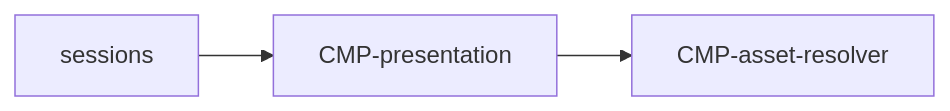
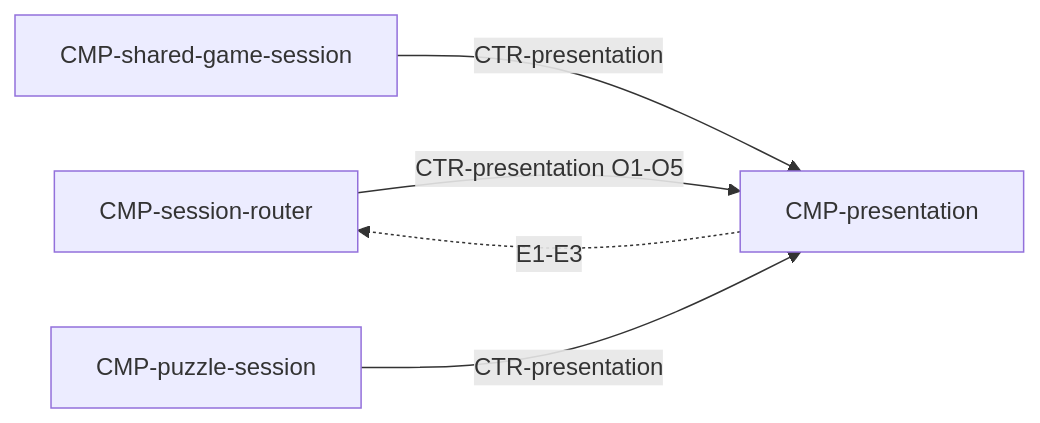
One commit to waigore/simplechessv2 changed the diagram in specs/technical/components/presentation.md. Above: the diagram before and after it, drawn with Mermaid. The commit also changed other lines of this file and 120 other files, not shown here.

````diff
--- a/specs/technical/components/presentation.md
+++ b/specs/technical/components/presentation.md
@@ -39,8 +38,11 @@
 ```mermaid
 flowchart LR
+  R[CMP-session-router]
+  S[CMP-shared-game-session]
+  Q[CMP-puzzle-session]
   V[CMP-presentation]
-  A[CMP-asset-resolver]
-  S[sessions]
-  V --> A
-  S --> V
+  R -->|CTR-presentation O1-O5| V
+  S -->|CTR-presentation| V
+  Q -->|CTR-presentation| V
+  V -.->|E1-E3| R
 ```
````
